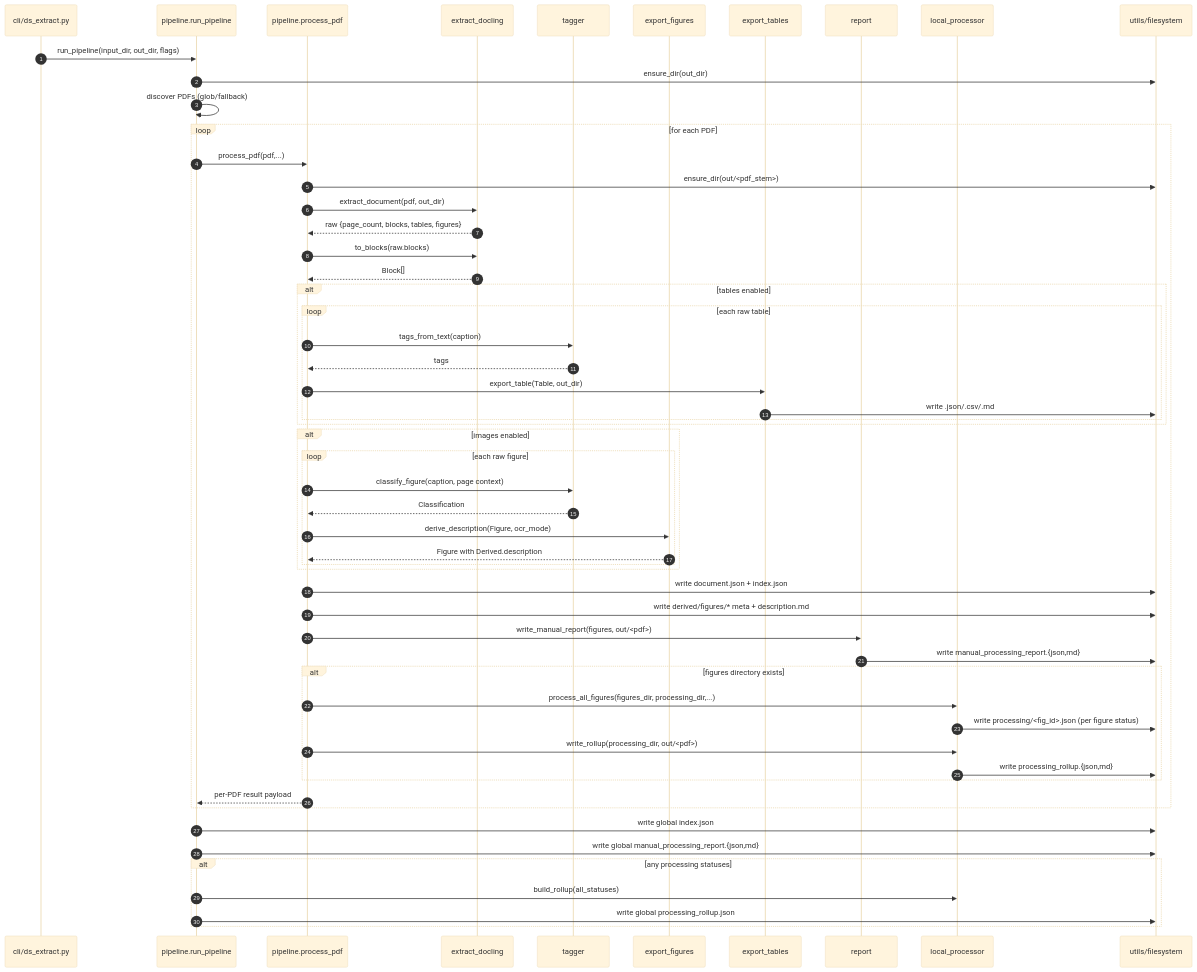
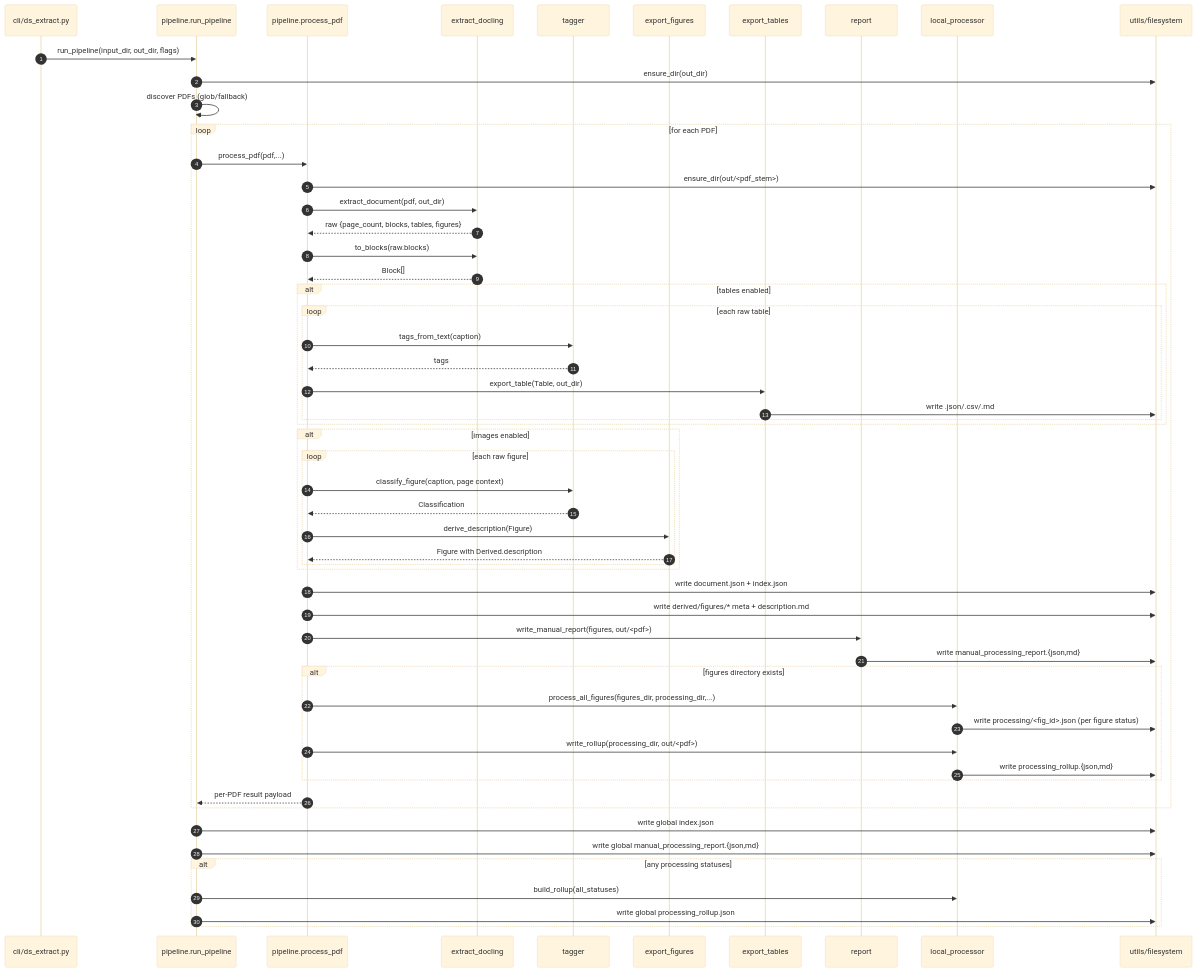
Before and after one commit to amahpour/datasheet-extractor: the third of 3 diagrams in docs/architecture.md, drawn with Mermaid (base theme). The commit also changed other lines of this file and 9 other files, not shown here.

````diff
--- a/docs/architecture.md
+++ b/docs/architecture.md
@@ -50,67 +49,67 @@
 ```mermaid
 sequenceDiagram
   autonumber
   participant CLI as cli/ds_extract.py
   participant P as pipeline.run_pipeline
   participant PP as pipeline.process_pdf
   participant E as extract_docling
   participant T as tagger
   participant EF as export_figures
   participant ET as export_tables
   participant R as report
   participant LP as local_processor
   participant U as utils/filesystem
 
   CLI->>P: run_pipeline(input_dir, out_dir, flags)
   P->>U: ensure_dir(out_dir)
   P->>P: discover PDFs (glob/fallback)
 
   loop for each PDF
     P->>PP: process_pdf(pdf,...)
     PP->>U: ensure_dir(out/<pdf_stem>)
 
     PP->>E: extract_document(pdf, out_dir)
     E-->>PP: raw {page_count, blocks, tables, figures}
     PP->>E: to_blocks(raw.blocks)
     E-->>PP: Block[]
 
     alt tables enabled
       loop each raw table
         PP->>T: tags_from_text(caption)
         T-->>PP: tags
         PP->>ET: export_table(Table, out_dir)
         ET->>U: write .json/.csv/.md
       end
     end
 
     alt images enabled
       loop each raw figure
         PP->>T: classify_figure(caption, page context)
         T-->>PP: Classification
-        PP->>EF: derive_description(Figure, ocr_mode)
+        PP->>EF: derive_description(Figure)
         EF-->>PP: Figure with Derived.description
       end
     end
 
     PP->>U: write document.json + index.json
     PP->>U: write derived/figures/* meta + description.md
     PP->>R: write_manual_report(figures, out/<pdf>)
     R->>U: write manual_processing_report.{json,md}
 
     alt figures directory exists
       PP->>LP: process_all_figures(figures_dir, processing_dir,...)
       LP->>U: write processing/<fig_id>.json (per figure status)
       PP->>LP: write_rollup(processing_dir, out/<pdf>)
       LP->>U: write processing_rollup.{json,md}
     end
 
     PP-->>P: per-PDF result payload
   end
 
   P->>U: write global index.json
   P->>U: write global manual_processing_report.{json,md}
   alt any processing statuses
     P->>LP: build_rollup(all_statuses)
     P->>U: write global processing_rollup.json
   end
 ```
````
